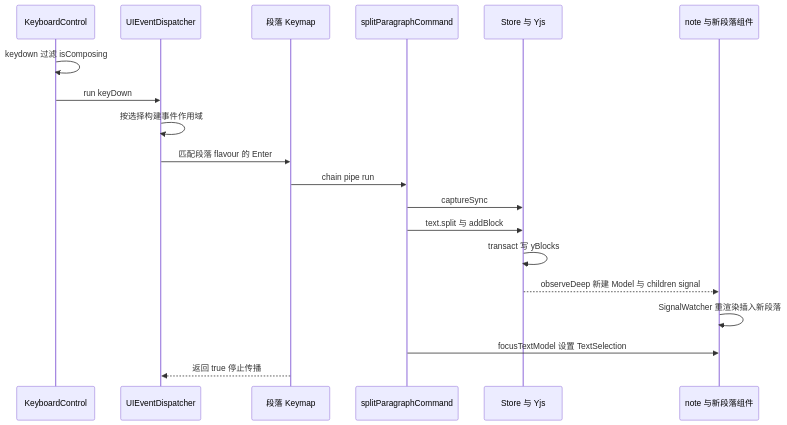
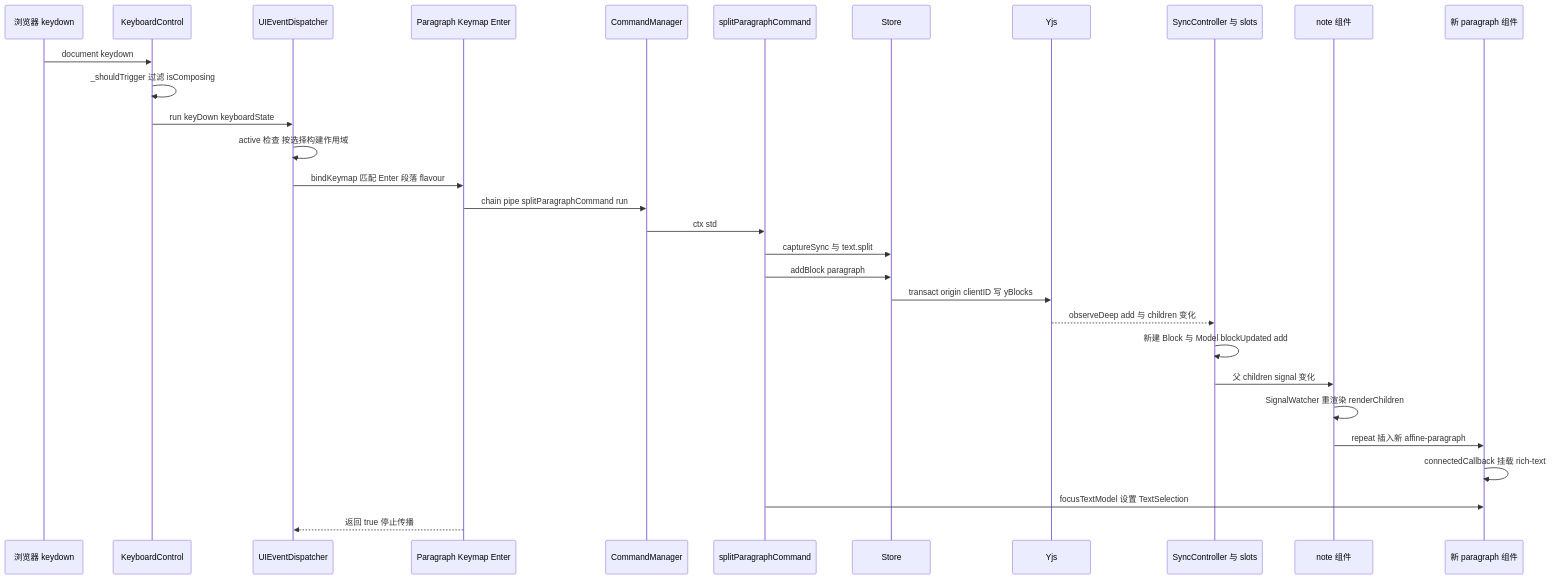
One commit to lfire/AFFiNE changed the sixth of 6 diagrams in learning-guide/slides/decks/13.md. Above: the diagram before and after it, drawn with Mermaid. The commit also changed other lines of this file and 46 other files, not shown here.

````diff
--- a/learning-guide/slides/decks/13.md
+++ b/learning-guide/slides/decks/13.md
@@ -470,21 +456,32 @@
 ```mermaid
 sequenceDiagram
+  participant KB as 浏览器 keydown
   participant KC as KeyboardControl
   participant D as UIEventDispatcher
-  participant KM as 段落 Keymap
+  participant KM as Paragraph Keymap Enter
+  participant CM as CommandManager
   participant CMD as splitParagraphCommand
-  participant S as Store 与 Yjs
-  participant V as note 与新段落组件
-  KC->>KC: keydown 过滤 isComposing
-  KC->>D: run keyDown
-  D->>D: 按选择构建事件作用域
-  D->>KM: 匹配段落 flavour 的 Enter
-  KM->>CMD: chain pipe run
-  CMD->>S: captureSync
-  CMD->>S: text.split 与 addBlock
-  S->>S: transact 写 yBlocks
-  S-->>V: observeDeep 新建 Model 与 children signal
-  V->>V: SignalWatcher 重渲染插入新段落
-  CMD->>V: focusTextModel 设置 TextSelection
+  participant S as Store
+  participant Y as Yjs
+  participant SC as SyncController 与 slots
+  participant NB as note 组件
+  participant P as 新 paragraph 组件
+  KB->>KC: document keydown
+  KC->>KC: _shouldTrigger 过滤 isComposing
+  KC->>D: run keyDown keyboardState
+  D->>D: active 检查 按选择构建作用域
+  D->>KM: bindKeymap 匹配 Enter 段落 flavour
+  KM->>CM: chain pipe splitParagraphCommand run
+  CM->>CMD: ctx std
+  CMD->>S: captureSync 与 text.split
+  CMD->>S: addBlock paragraph
+  S->>Y: transact origin clientID 写 yBlocks
+  Y-->>SC: observeDeep add 与 children 变化
+  SC->>SC: 新建 Block 与 Model blockUpdated add
+  SC->>NB: 父 children signal 变化
+  NB->>NB: SignalWatcher 重渲染 renderChildren
+  NB->>P: repeat 插入新 affine-paragraph
+  P->>P: connectedCallback 挂载 rich-text
+  CMD->>P: focusTextModel 设置 TextSelection
   KM-->>D: 返回 true 停止传播
 ```
````
